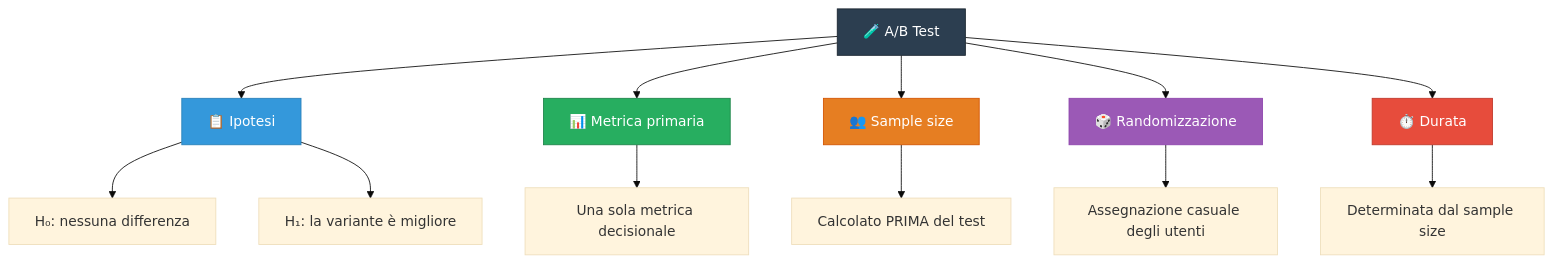
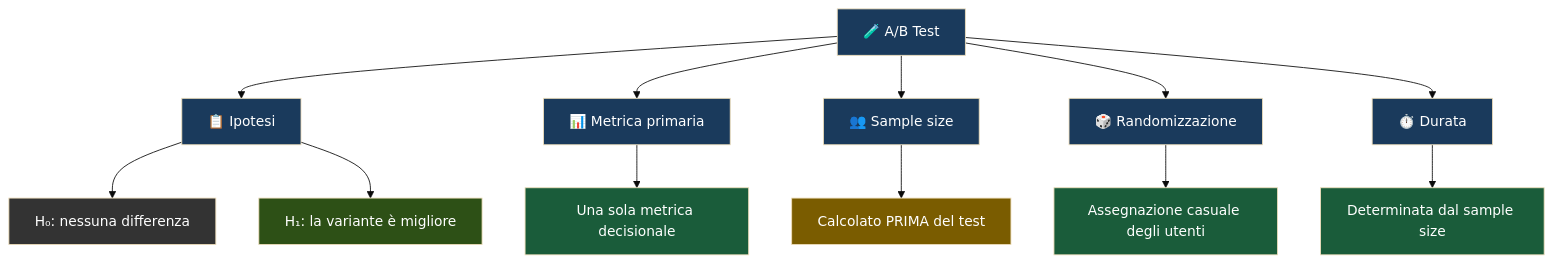
Before and after one commit to AndreyBertasini/gynnitech: the first of 5 diagrams in src/content/corso/analisi-prodotto/ab-testing.mdx, drawn with Mermaid (base theme). The commit also changed other lines of this file and 21 other files, not shown here.

First line of the commit message:
style: applica color scheme semantico a tutti i diagrammi Mermaid del corso

````diff
--- a/src/content/corso/analisi-prodotto/ab-testing.mdx
+++ b/src/content/corso/analisi-prodotto/ab-testing.mdx
@@ -29,20 +29,26 @@
 ```mermaid
 graph TD
     EXP["🧪 A/B Test"] --> H["📋 Ipotesi"]
     EXP --> M["📊 Metrica primaria"]
     EXP --> S["👥 Sample size"]
     EXP --> R["🎲 Randomizzazione"]
     EXP --> D["⏱️ Durata"]
     H --> H1["H₀: nessuna differenza"]
     H --> H2["H₁: la variante è migliore"]
     M --> M1["Una sola metrica decisionale"]
     S --> S1["Calcolato PRIMA del test"]
     R --> R1["Assegnazione casuale degli utenti"]
     D --> D1["Determinata dal sample size"]
-    style EXP fill:#2c3e50,stroke:#1a252f,color:#fff
-    style H fill:#3498db,stroke:#2980b9,color:#fff
-    style M fill:#27ae60,stroke:#1e8449,color:#fff
-    style S fill:#e67e22,stroke:#d35400,color:#fff
-    style R fill:#9b59b6,stroke:#8e44ad,color:#fff
-    style D fill:#e74c3c,stroke:#c0392b,color:#fff
+    style EXP fill:#1a3a5c,color:#ffffff
+    style H fill:#1a3a5c,color:#ffffff
+    style M fill:#1a3a5c,color:#ffffff
+    style S fill:#1a3a5c,color:#ffffff
+    style R fill:#1a3a5c,color:#ffffff
+    style D fill:#1a3a5c,color:#ffffff
+    style H1 fill:#333333,color:#ffffff
+    style H2 fill:#2d5016,color:#ffffff
+    style M1 fill:#1a5c3a,color:#ffffff
+    style S1 fill:#7a5c00,color:#ffffff
+    style R1 fill:#1a5c3a,color:#ffffff
+    style D1 fill:#1a5c3a,color:#ffffff
 ```
````
